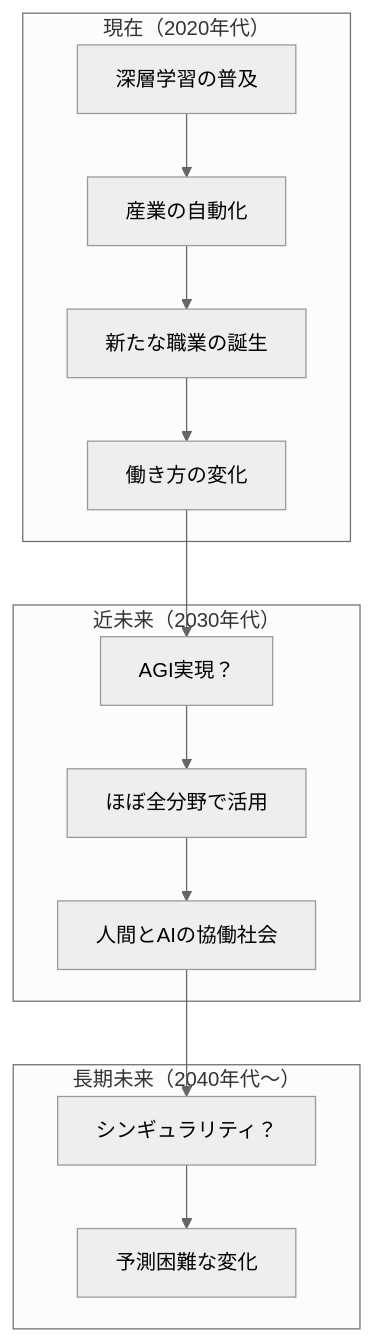
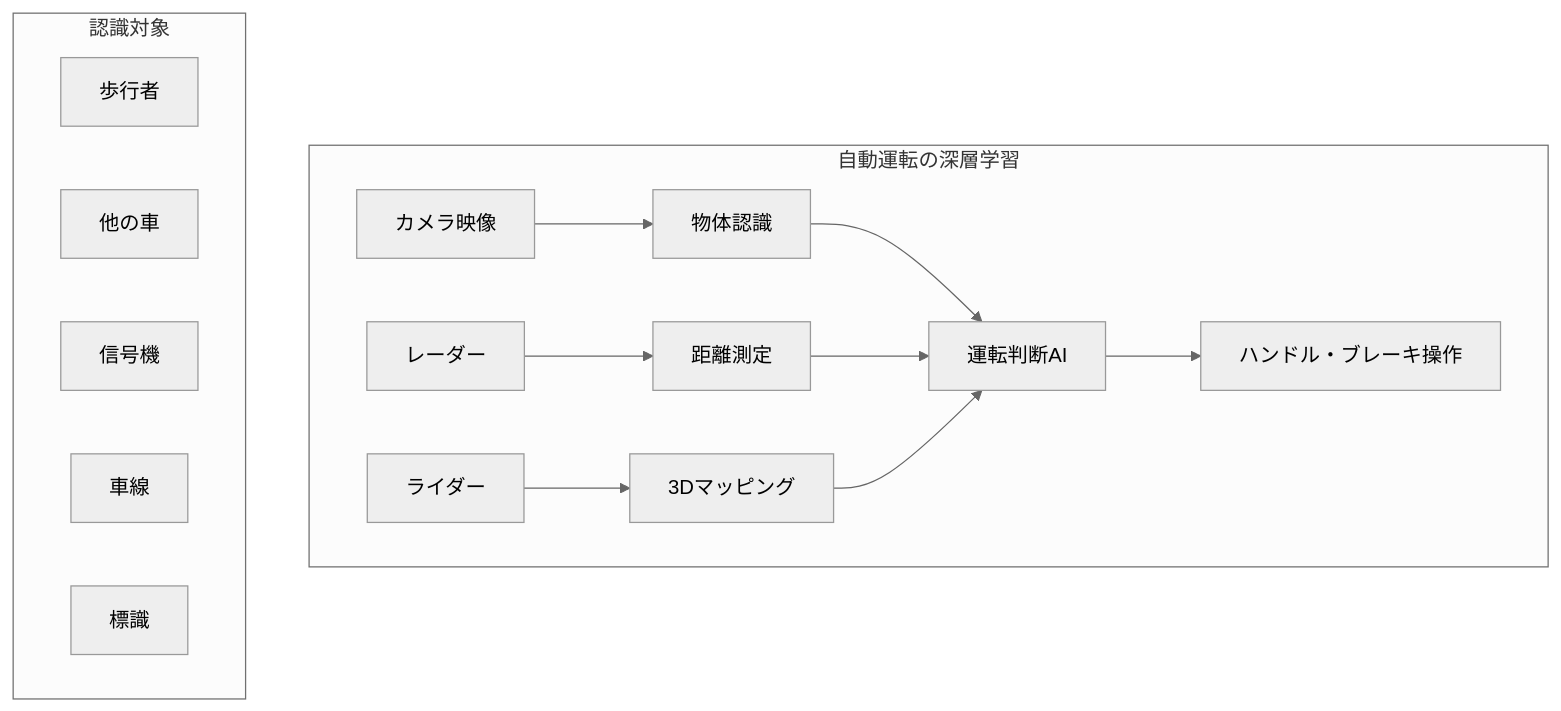
Diagram 16 of 28 in AI/DeepLearning/README.MD (SparklingDetergent/doc_genai_mental_model), drawn with Mermaid (neutral theme) before and after one commit. The commit also changed other lines of this file, not shown here.

````diff
--- a/AI/DeepLearning/README.MD
+++ b/AI/DeepLearning/README.MD
@@ -346,20 +580,22 @@
 ```mermaid
 graph TD
-    subgraph "現在（2020年代）"
-        A[深層学習の普及] --> B[産業の自動化]
-        B --> C[新たな職業の誕生]
-        C --> D[働き方の変化]
+    subgraph "自動運転の深層学習"
+        Camera[カメラ映像] --> Object[物体認識]
+        Radar[レーダー] --> Distance[距離測定]  
+        Lidar[ライダー] --> Map[3Dマッピング]
+        
+        Object --> Decision[運転判断AI]
+        Distance --> Decision
+        Map --> Decision
+        
+        Decision --> Action[ハンドル・ブレーキ操作]
     end
     
-    subgraph "近未来（2030年代）"
-        E[AGI実現？] --> F[ほぼ全分野で活用]
-        F --> G[人間とAIの協働社会]
+    subgraph "認識対象"
+        Pedestrian[歩行者]
+        Vehicle[他の車]
+        Signal[信号機] 
+        Lane[車線]
+        Sign[標識]
     end
-    
-    subgraph "長期未来（2040年代～）"
-        H[シンギュラリティ？] --> I[予測困難な変化]
-    end
-    
-    D --> E
-    G --> H
 ```
````
